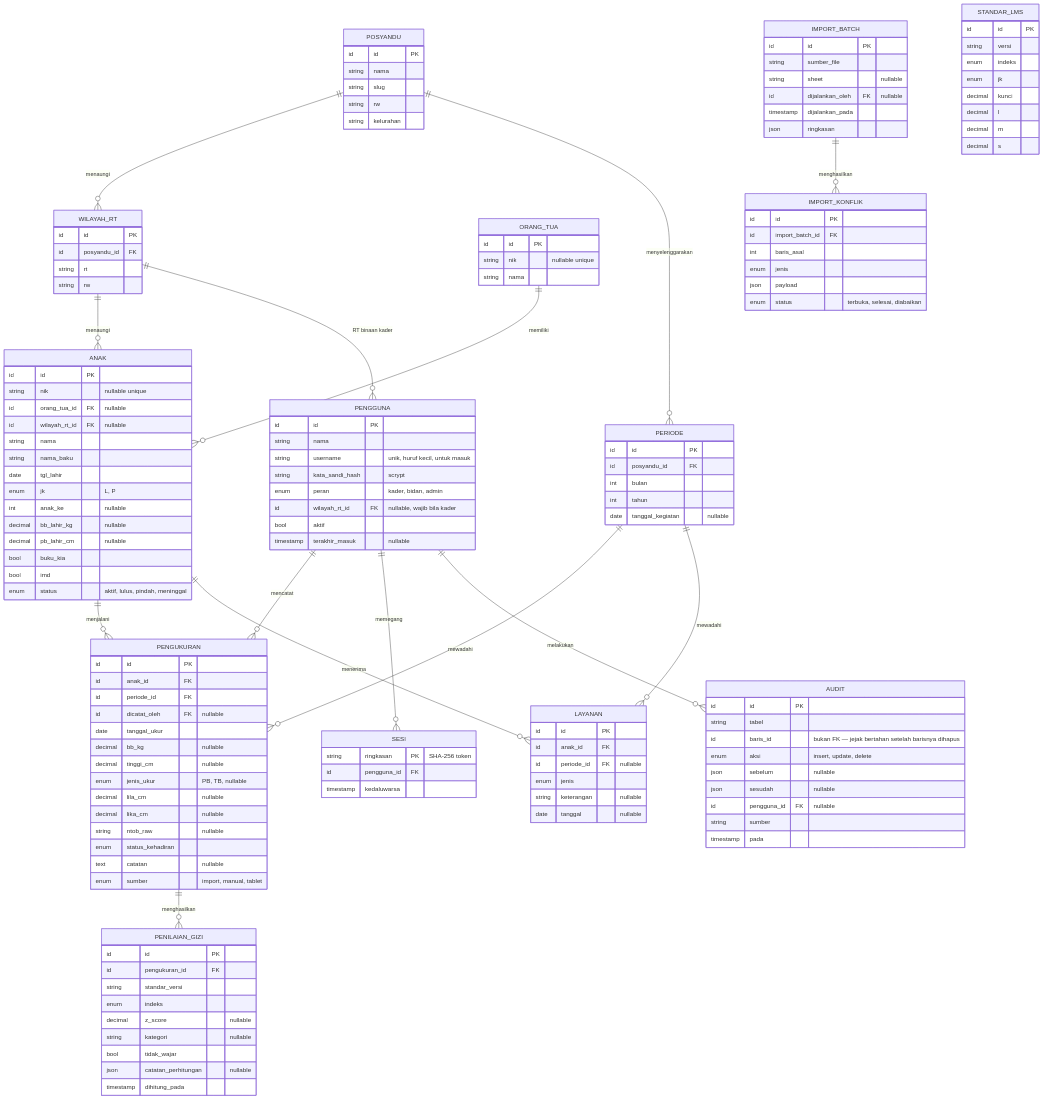
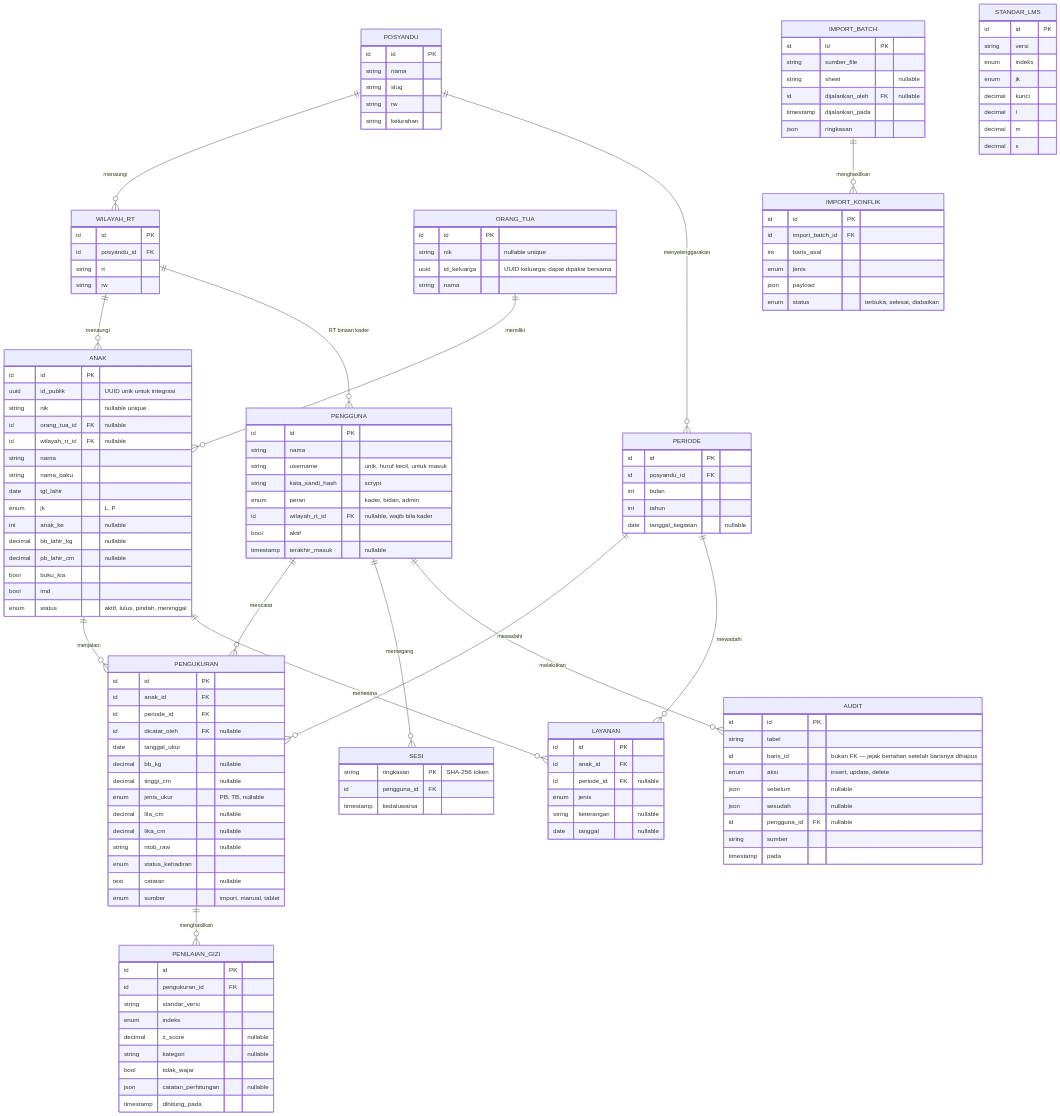
One commit to khairuonwork/kkn_posyandu_tulip changed the diagram in docs/database.md. Above: the diagram before and after it, drawn with Mermaid. The commit also changed other lines of this file and 36 other files, not shown here.

```diff
--- a/docs/database.md
+++ b/docs/database.md
@@ -75,10 +75,12 @@
     ORANG_TUA {
         id id PK
         string nik "nullable unique"
+        uuid id_keluarga "UUID keluarga; dapat dipakai bersama"
         string nama
     }
     ANAK {
         id id PK
+        uuid id_publik "UUID unik untuk integrasi"
         string nik "nullable unique"
         id orang_tua_id FK "nullable"
         id wilayah_rt_id FK "nullable"
```
